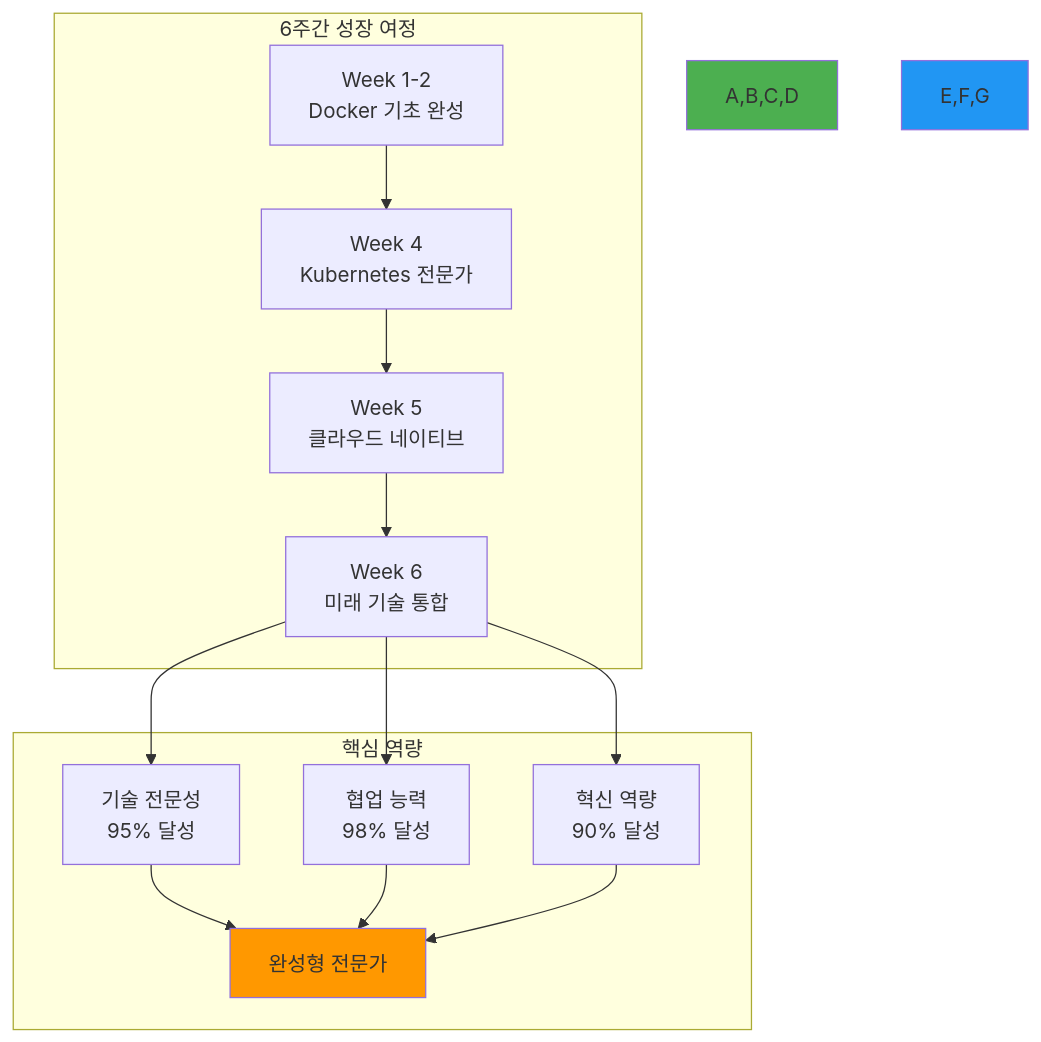
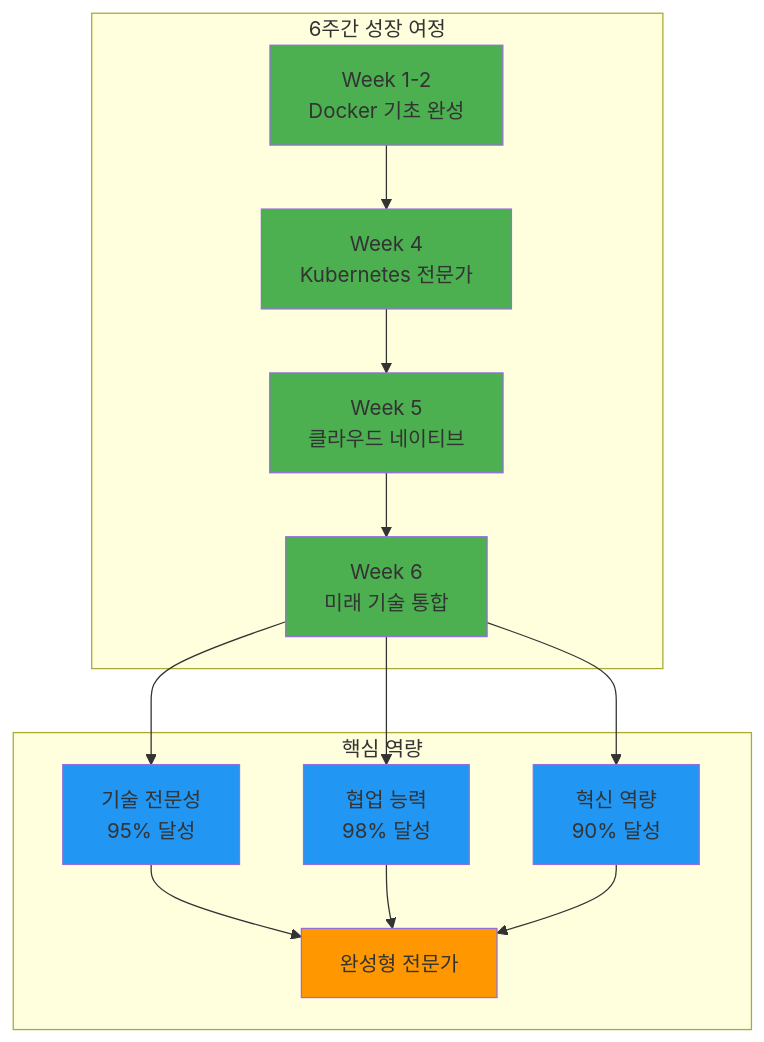
One commit to niceguy61/kdt_devops_lecture_2025 changed the second of 2 diagrams in theory/week_06/README.md. Above: the diagram before and after it, drawn with Mermaid. The commit also changed 12 other files, not shown here.

Commit message:
mermaid 수정

````diff
--- a/theory/week_06/README.md
+++ b/theory/week_06/README.md
@@ -284,22 +284,27 @@
 ```mermaid
 graph TB
     subgraph "6주간 성장 여정"
         A[Week 1-2<br/>Docker 기초 완성] --> B[Week 4<br/>Kubernetes 전문가]
         B --> C[Week 5<br/>클라우드 네이티브]
         C --> D[Week 6<br/>미래 기술 통합]
     end
     
     subgraph "핵심 역량"
         E[기술 전문성<br/>95% 달성] --> H[완성형 전문가]
         F[협업 능력<br/>98% 달성] --> H
         G[혁신 역량<br/>90% 달성] --> H
     end
     
     D --> E
     D --> F
     D --> G
     
-    style A,B,C,D fill:#4caf50
-    style E,F,G fill:#2196f3
+    style A fill:#4caf50
+    style B fill:#4caf50
+    style C fill:#4caf50
+    style D fill:#4caf50
+    style E fill:#2196f3
+    style F fill:#2196f3
+    style G fill:#2196f3
     style H fill:#ff9800
 ```
````
